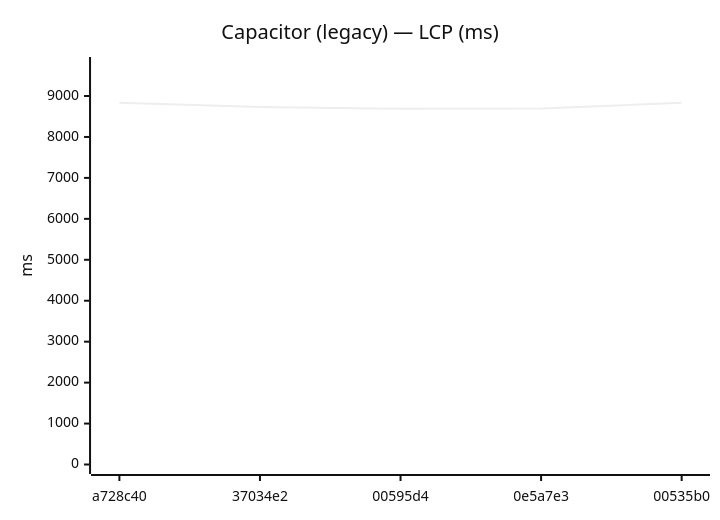
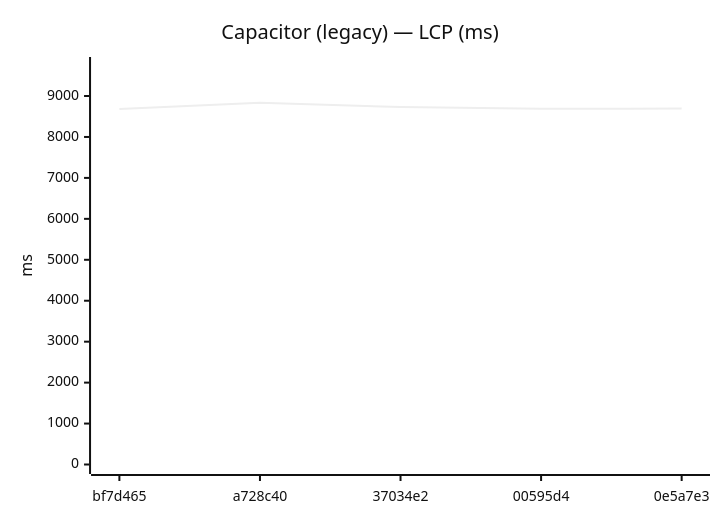
One commit to Metaheurist/Rianell changed diagram 13 of 24 in benchmarks/compare.md. Above: the diagram before and after it, drawn with Mermaid (neutral theme). The commit also changed other lines of this file and 12 other files, not shown here.

````diff
--- a/benchmarks/compare.md
+++ b/benchmarks/compare.md
@@ -190,7 +194,7 @@
 ```mermaid
 xychart-beta
     title "Capacitor (legacy) — LCP (ms)"
-    x-axis ["a728c40", "37034e2", "00595d4", "0e5a7e3", "00535b0"]
+    x-axis ["bf7d465", "a728c40", "37034e2", "00595d4", "0e5a7e3"]
     y-axis "ms" 0 --> 9721
-    line [8837, 8731, 8688, 8693, 8834]
+    line [8681, 8837, 8731, 8688, 8693]
 ```
````
